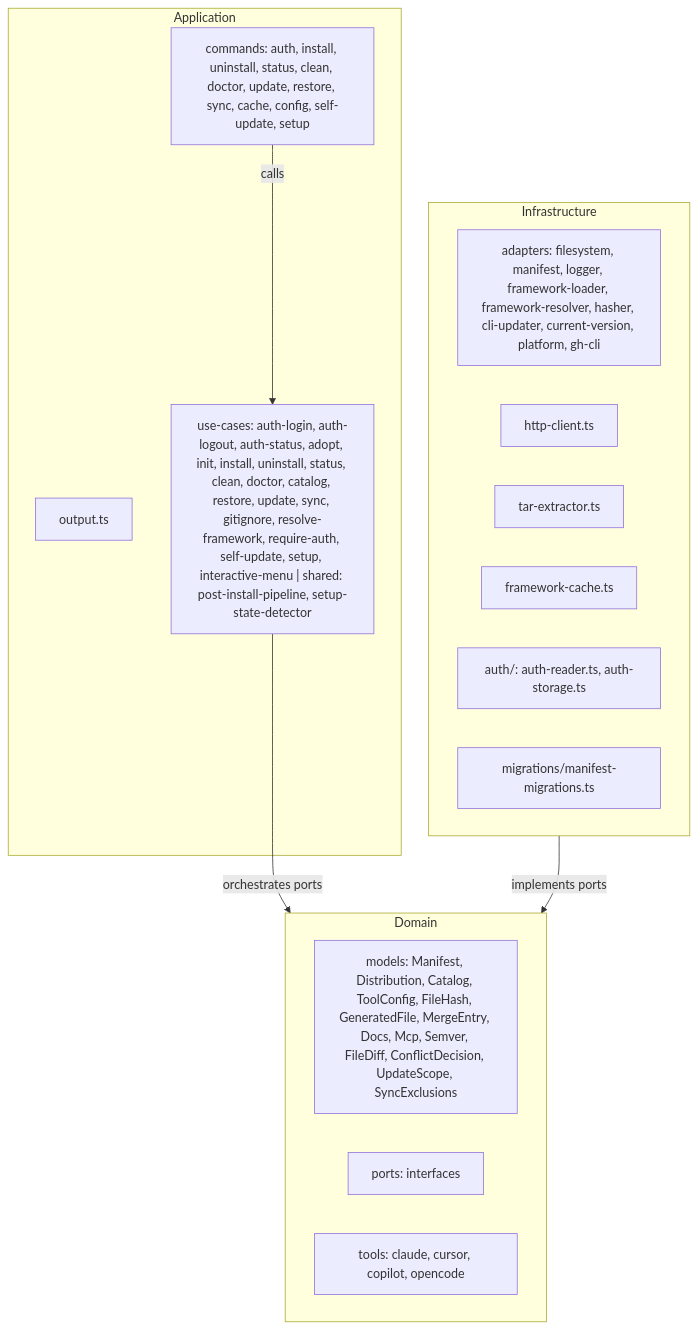
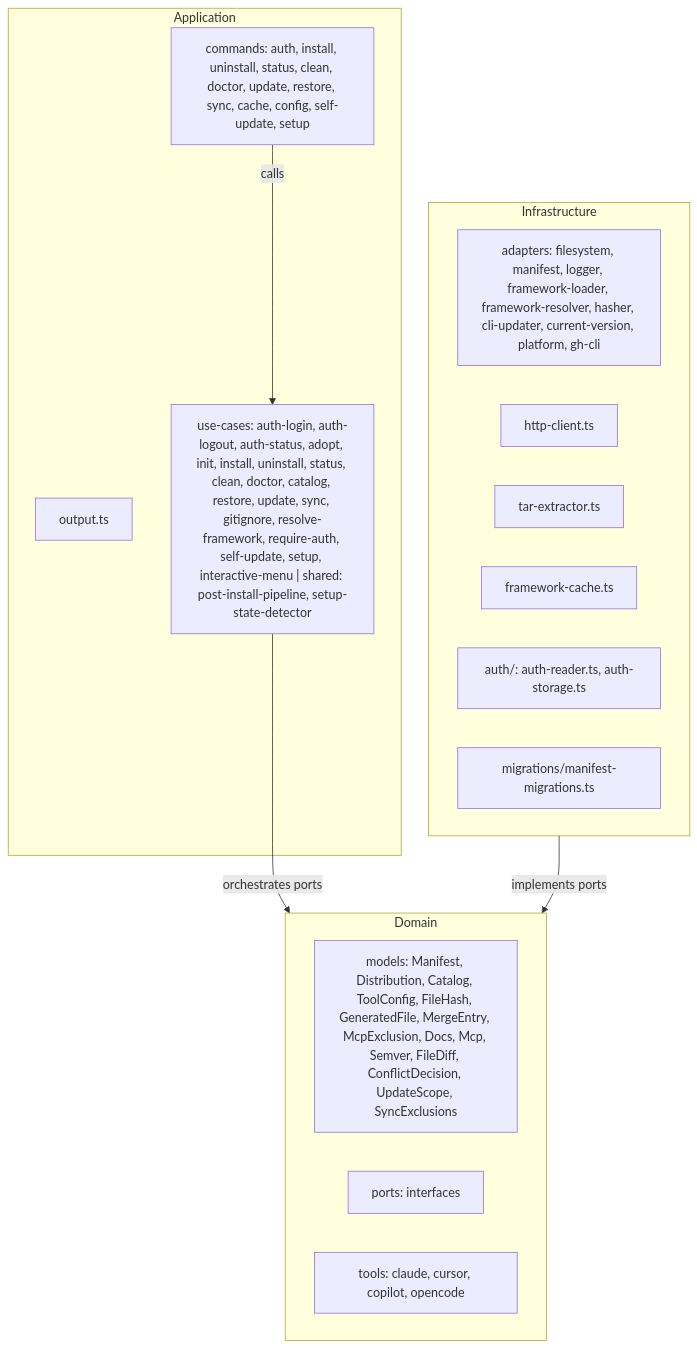
The second of 3 diagrams in aidd_docs/memory/architecture.md (ai-driven-dev/framework), drawn with Mermaid before and after one commit. The commit also changed other lines of this file and 5 other files, not shown here.

First line of the commit message:
docs(decisions): add DEC-022, DEC-023 for MCP exclusion tracking

````diff
--- a/aidd_docs/memory/architecture.md
+++ b/aidd_docs/memory/architecture.md
@@ -41,24 +41,24 @@
 ```mermaid
 flowchart TD
     subgraph APP["Application"]
         CMD_FILES["commands: auth, install, uninstall, status, clean, doctor, update, restore, sync, cache, config, self-update, setup"]
         OUTPUT["output.ts"]
         USECASES["use-cases: auth-login, auth-logout, auth-status, adopt, init, install, uninstall, status, clean, doctor, catalog, restore, update, sync, gitignore, resolve-framework, require-auth, self-update, setup, interactive-menu | shared: post-install-pipeline, setup-state-detector"]
     end
     subgraph DOM["Domain"]
-        MODELS["models: Manifest, Distribution, Catalog, ToolConfig, FileHash, GeneratedFile, MergeEntry, Docs, Mcp, Semver, FileDiff, ConflictDecision, UpdateScope, SyncExclusions"]
+        MODELS["models: Manifest, Distribution, Catalog, ToolConfig, FileHash, GeneratedFile, MergeEntry, McpExclusion, Docs, Mcp, Semver, FileDiff, ConflictDecision, UpdateScope, SyncExclusions"]
         PORTS["ports: interfaces"]
         TOOLS["tools: claude, cursor, copilot, opencode"]
     end
     subgraph INFRA["Infrastructure"]
         ADAPTERS["adapters: filesystem, manifest, logger, framework-loader, framework-resolver, hasher, cli-updater, current-version, platform, gh-cli"]
         HTTP["http-client.ts"]
         TAR["tar-extractor.ts"]
         CACHE["framework-cache.ts"]
         AUTH["auth/: auth-reader.ts, auth-storage.ts"]
         MIG["migrations/manifest-migrations.ts"]
     end
     CMD_FILES -->|calls| USECASES
     USECASES -->|orchestrates ports| DOM
     INFRA -->|implements ports| DOM
 ```
````
